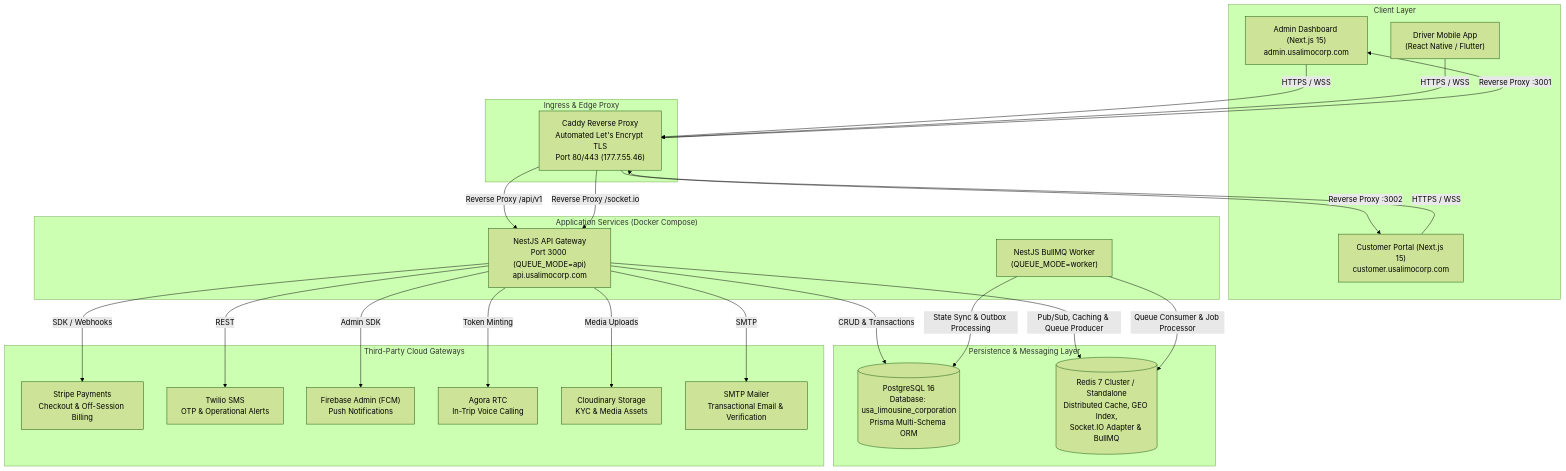
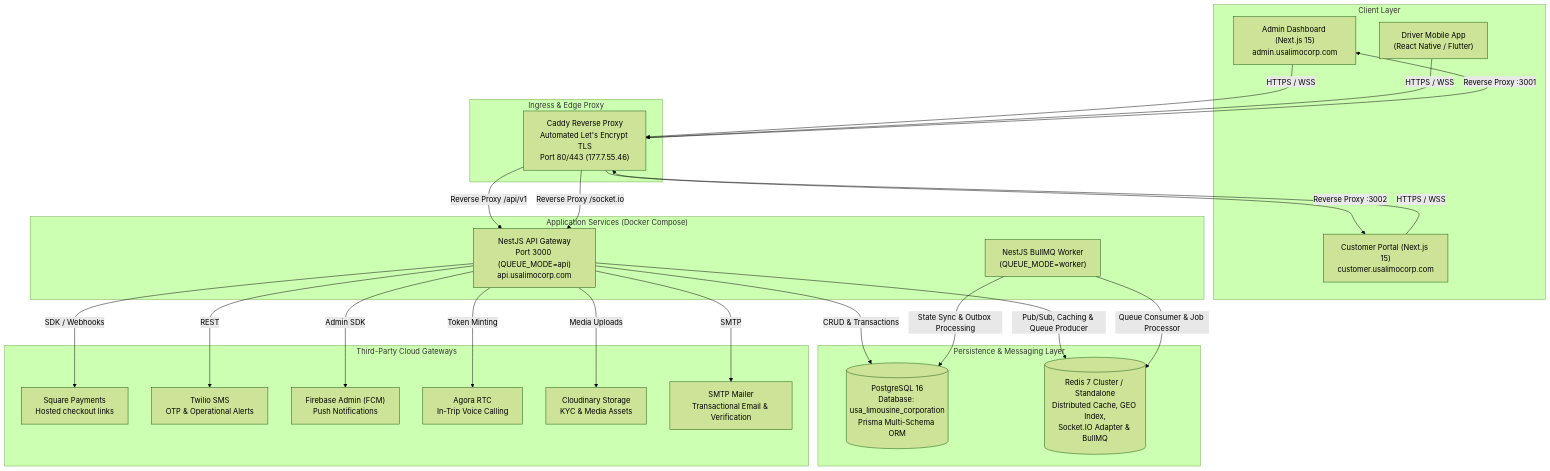
Before and after one commit to bariq49/usa-limousine-corporation: the first of 2 diagrams in docs/architecture/system-overview.md, drawn with Mermaid (forest theme). The commit also changed other lines of this file and 111 other files, not shown here.

````diff
--- a/docs/architecture/system-overview.md
+++ b/docs/architecture/system-overview.md
@@ -9,52 +9,52 @@
 ```mermaid
 graph TD
     subgraph Clients["Client Layer"]
         AdminWeb["Admin Dashboard (Next.js 15)<br/>admin.usalimocorp.com"]
         CustomerWeb["Customer Portal (Next.js 15)<br/>customer.usalimocorp.com"]
         MobileDriver["Driver Mobile App<br/>(React Native / Flutter)"]
     end
 
     subgraph Ingress["Ingress & Edge Proxy"]
         Caddy["Caddy Reverse Proxy<br/>Automated Let's Encrypt TLS<br/>Port 80/443 (177.7.55.46)"]
     end
 
     subgraph ApplicationLayer["Application Services (Docker Compose)"]
         NestAPI["NestJS API Gateway<br/>Port 3000 (QUEUE_MODE=api)<br/>api.usalimocorp.com"]
         NestWorker["NestJS BullMQ Worker<br/>(QUEUE_MODE=worker)"]
     end
 
     subgraph DataStore["Persistence & Messaging Layer"]
         Postgres[("PostgreSQL 16<br/>Database: usa_limousine_corporation<br/>Prisma Multi-Schema ORM")]
         Redis[("Redis 7 Cluster / Standalone<br/>Distributed Cache, GEO Index,<br/>Socket.IO Adapter & BullMQ")]
     end
 
     subgraph ExternalIntegrations["Third-Party Cloud Gateways"]
-        Stripe["Stripe Payments<br/>Checkout & Off-Session Billing"]
+        Square["Square Payments<br/>Hosted checkout links"]
         Twilio["Twilio SMS<br/>OTP & Operational Alerts"]
         Firebase["Firebase Admin (FCM)<br/>Push Notifications"]
         Agora["Agora RTC<br/>In-Trip Voice Calling"]
         Cloudinary["Cloudinary Storage<br/>KYC & Media Assets"]
         SMTP["SMTP Mailer<br/>Transactional Email & Verification"]
     end
 
     AdminWeb -->|HTTPS / WSS| Caddy
     CustomerWeb -->|HTTPS / WSS| Caddy
     MobileDriver -->|HTTPS / WSS| Caddy
 
     Caddy -->|Reverse Proxy /api/v1| NestAPI
     Caddy -->|Reverse Proxy /socket.io| NestAPI
     Caddy -->|Reverse Proxy :3001| AdminWeb
     Caddy -->|Reverse Proxy :3002| CustomerWeb
 
     NestAPI -->|CRUD & Transactions| Postgres
     NestAPI -->|Pub/Sub, Caching & Queue Producer| Redis
     NestWorker -->|Queue Consumer & Job Processor| Redis
     NestWorker -->|State Sync & Outbox Processing| Postgres
 
-    NestAPI -->|SDK / Webhooks| Stripe
+    NestAPI -->|SDK / Webhooks| Square
     NestAPI -->|REST| Twilio
     NestAPI -->|Admin SDK| Firebase
     NestAPI -->|Token Minting| Agora
     NestAPI -->|Media Uploads| Cloudinary
     NestAPI -->|SMTP| SMTP
 ```
````
